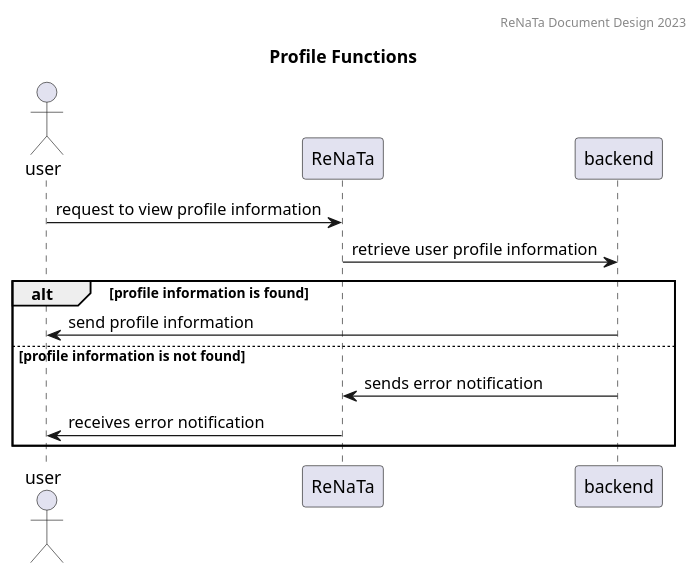
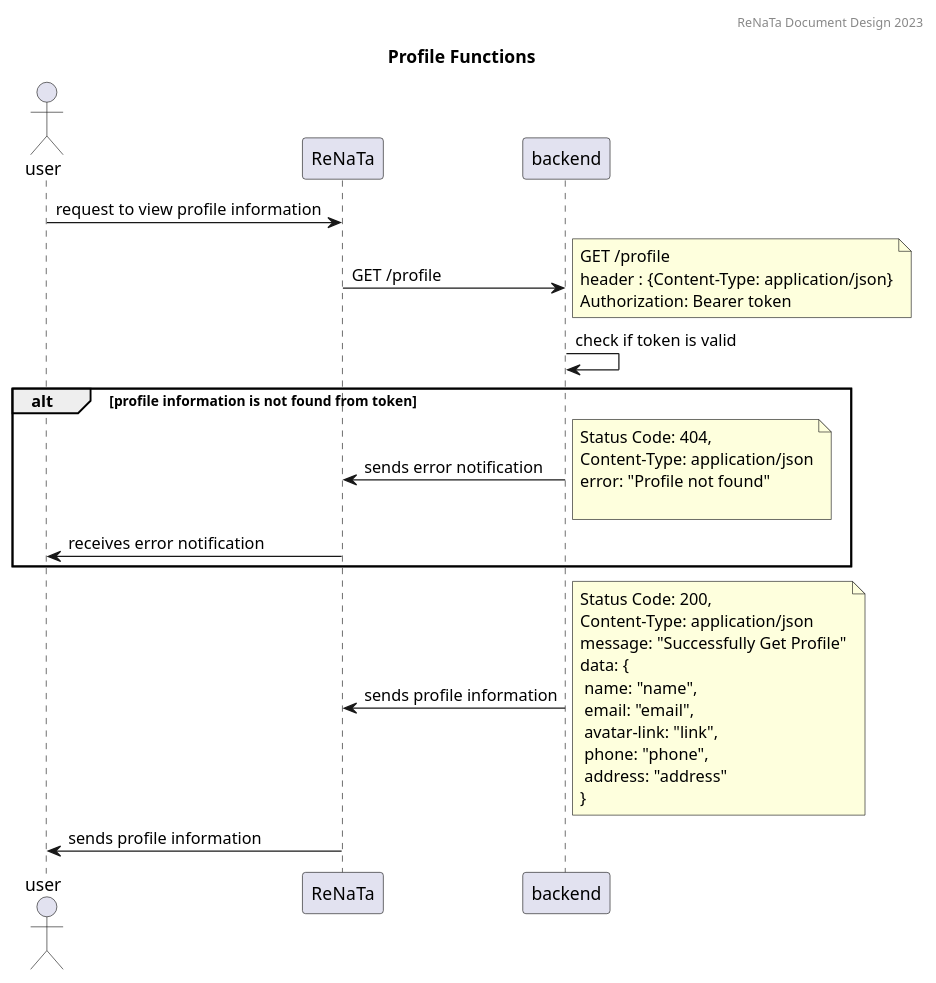
The diagram in uml-sequence/profile/get-profile.puml (RENATA-C23-PS218/renata-project-design), drawn with PlantUML before and after one commit.

Commit message:
update: get profile uml sequence

```diff
--- a/uml-sequence/profile/get-profile.puml
+++ b/uml-sequence/profile/get-profile.puml
@@ -1,22 +1,26 @@
 @startuml
 
 header ReNaTa Document Design 2023
 title Profile Functions
 
 actor user
 participant ReNaTa
 participant backend
 
 note left: User can view and edit their profile information such as name, email, and password
 
 user->ReNaTa: request to view profile information
-backend<-ReNaTa: retrieve user profile information
+backend<-ReNaTa: GET /profile
+note right : GET /profile\nheader : {Content-Type: application/json}\nAuthorization: Bearer token 
+backend->backend: check if token is valid
 
-alt profile information is found
-    backend->user: send profile information
-else profile information is not found
+alt profile information is not found from token
     backend->ReNaTa: sends error notification
+    note right: Status Code: 404,\nContent-Type: application/json\nerror: "Profile not found"\n
     user<-ReNaTa: receives error notification
 end
 
+backend->ReNaTa: sends profile information
+note right: Status Code: 200,\nContent-Type: application/json\nmessage: "Successfully Get Profile"\ndata: {\n name: "name",\n email: "email",\n avatar-link: "link",\n phone: "phone",\n address: "address"\n} 
+ReNaTa->user: sends profile information
 @enduml
```
